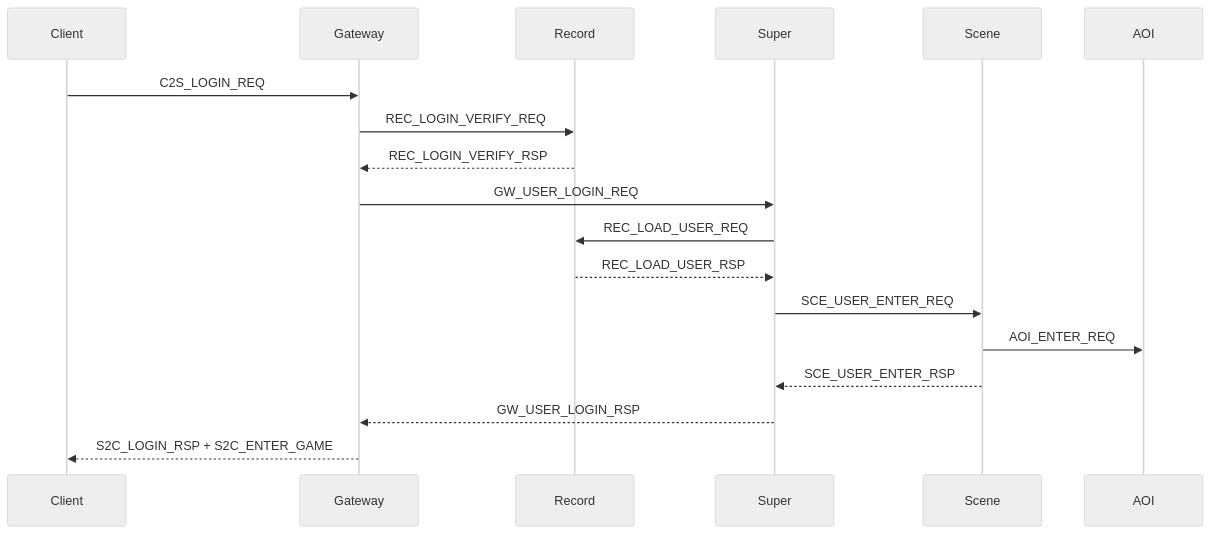
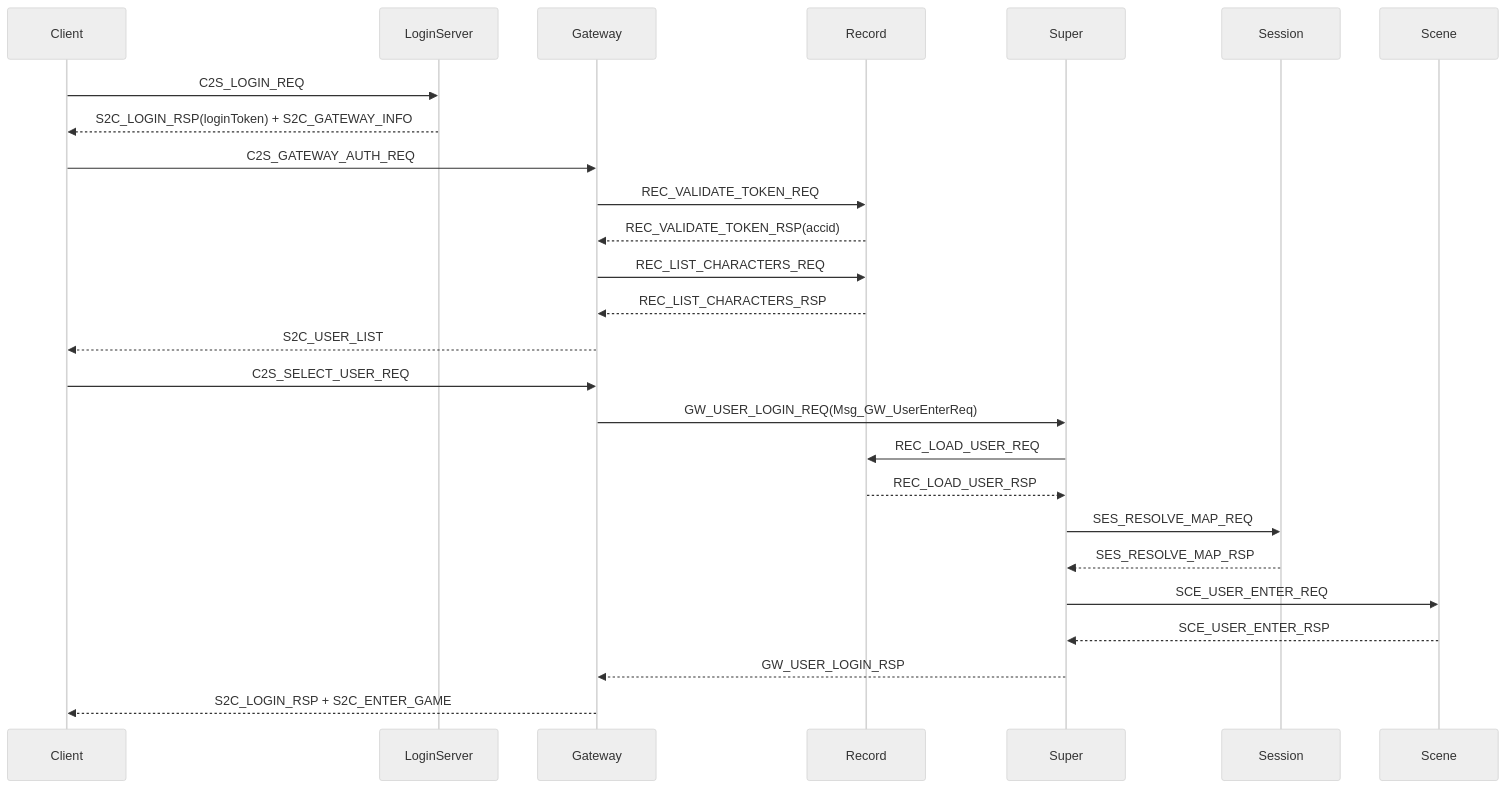
The diagram in docs/PROTOCOL.md (hechuangguo/RPG_Server), drawn with Mermaid (neutral theme) before and after one commit. The commit also changed other lines of this file and 60 other files, not shown here.

````diff
--- a/docs/PROTOCOL.md
+++ b/docs/PROTOCOL.md
@@ -149,21 +176,29 @@
 ```mermaid
 sequenceDiagram
     participant C as Client
+    participant LS as LoginServer
     participant GW as Gateway
     participant REC as Record
     participant SS as Super
+    participant SES as Session
     participant SCE as Scene
-    participant AOI as AOI
 
-    C->>GW: C2S_LOGIN_REQ
-    GW->>REC: REC_LOGIN_VERIFY_REQ
-    REC-->>GW: REC_LOGIN_VERIFY_RSP
-    GW->>SS: GW_USER_LOGIN_REQ
+    C->>LS: C2S_LOGIN_REQ
+    LS-->>C: S2C_LOGIN_RSP(loginToken) + S2C_GATEWAY_INFO
+    C->>GW: C2S_GATEWAY_AUTH_REQ
+    GW->>REC: REC_VALIDATE_TOKEN_REQ
+    REC-->>GW: REC_VALIDATE_TOKEN_RSP(accid)
+    GW->>REC: REC_LIST_CHARACTERS_REQ
+    REC-->>GW: REC_LIST_CHARACTERS_RSP
+    GW-->>C: S2C_USER_LIST
+    C->>GW: C2S_SELECT_USER_REQ
+    GW->>SS: GW_USER_LOGIN_REQ(Msg_GW_UserEnterReq)
     SS->>REC: REC_LOAD_USER_REQ
     REC-->>SS: REC_LOAD_USER_RSP
+    SS->>SES: SES_RESOLVE_MAP_REQ
+    SES-->>SS: SES_RESOLVE_MAP_RSP
     SS->>SCE: SCE_USER_ENTER_REQ
-    SCE->>AOI: AOI_ENTER_REQ
     SCE-->>SS: SCE_USER_ENTER_RSP
     SS-->>GW: GW_USER_LOGIN_RSP
     GW-->>C: S2C_LOGIN_RSP + S2C_ENTER_GAME
 ```
````
